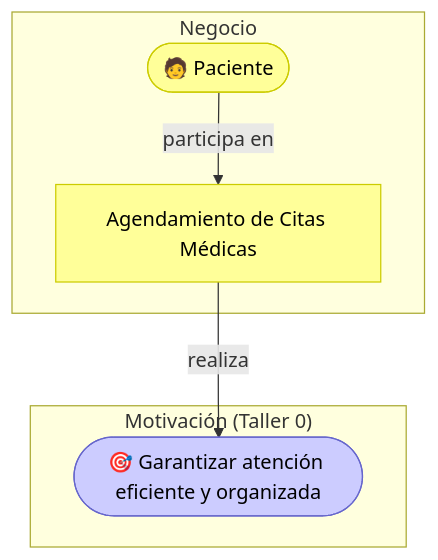
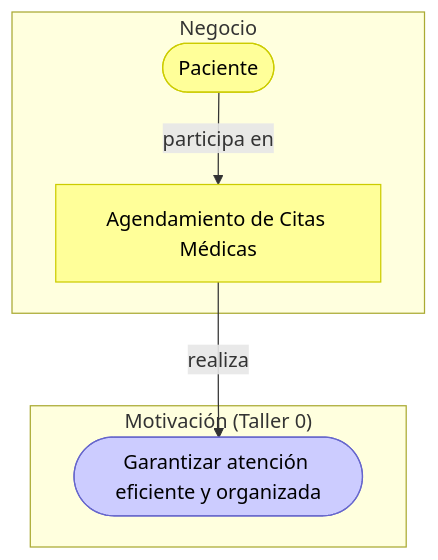
The diagram in clase/guia_paso_a_paso_bpmn.md (CesarAVegaF312/AREM-Taller_1_BPMN), drawn with Mermaid before and after one commit. The commit also changed other lines of this file and 4 other files, not shown here.

````diff
--- a/clase/guia_paso_a_paso_bpmn.md
+++ b/clase/guia_paso_a_paso_bpmn.md
@@ -92,18 +92,18 @@
 ```mermaid
 flowchart TD
     subgraph motivacion["Motivación (Taller 0)"]
-        goal(["🎯 Garantizar atención eficiente y organizada"])
+        goal(["Garantizar atención eficiente y organizada"])
     end
     subgraph negocio["Negocio"]
-        paciente(["🧑 Paciente"])
+        paciente(["Paciente"])
         proceso["Agendamiento de Citas Médicas"]
     end
 
     paciente -->|"participa en"| proceso
     proceso -->|"realiza"| goal
 
     classDef motivacion fill:#ccccff,color:#000,stroke:#6666cc;
     classDef negocio fill:#ffff99,color:#000,stroke:#cccc00;
     class goal motivacion
     class paciente,proceso negocio
 ```
````
